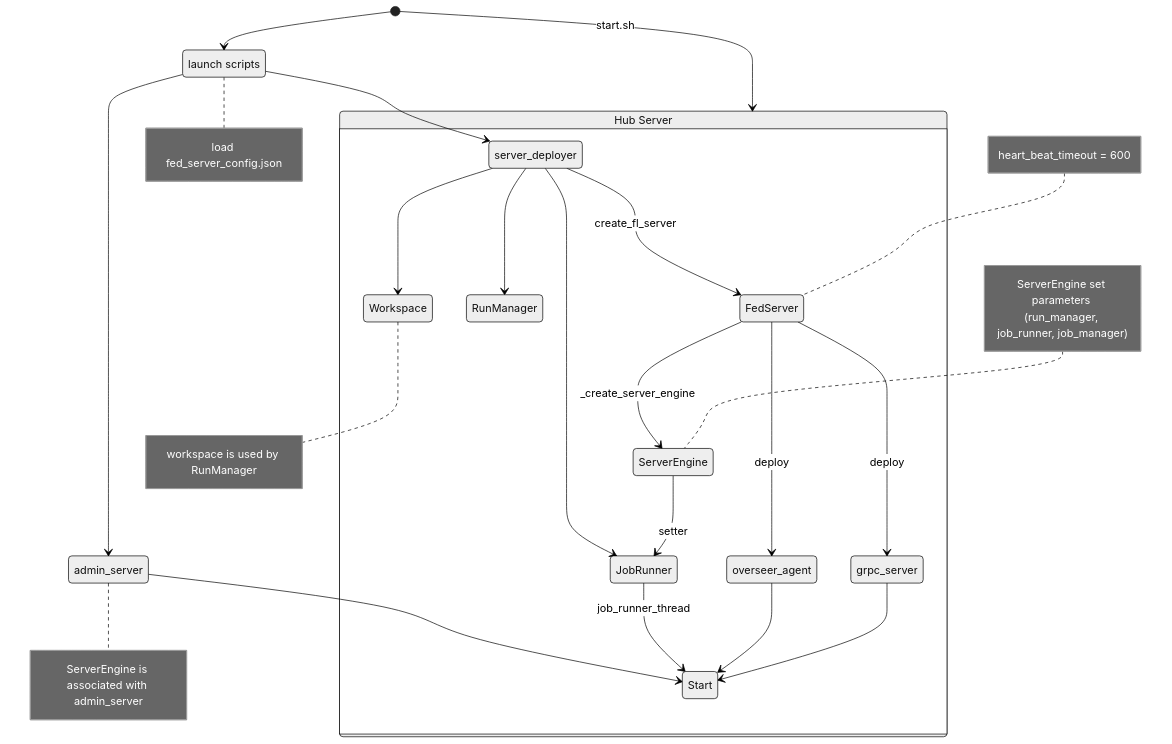
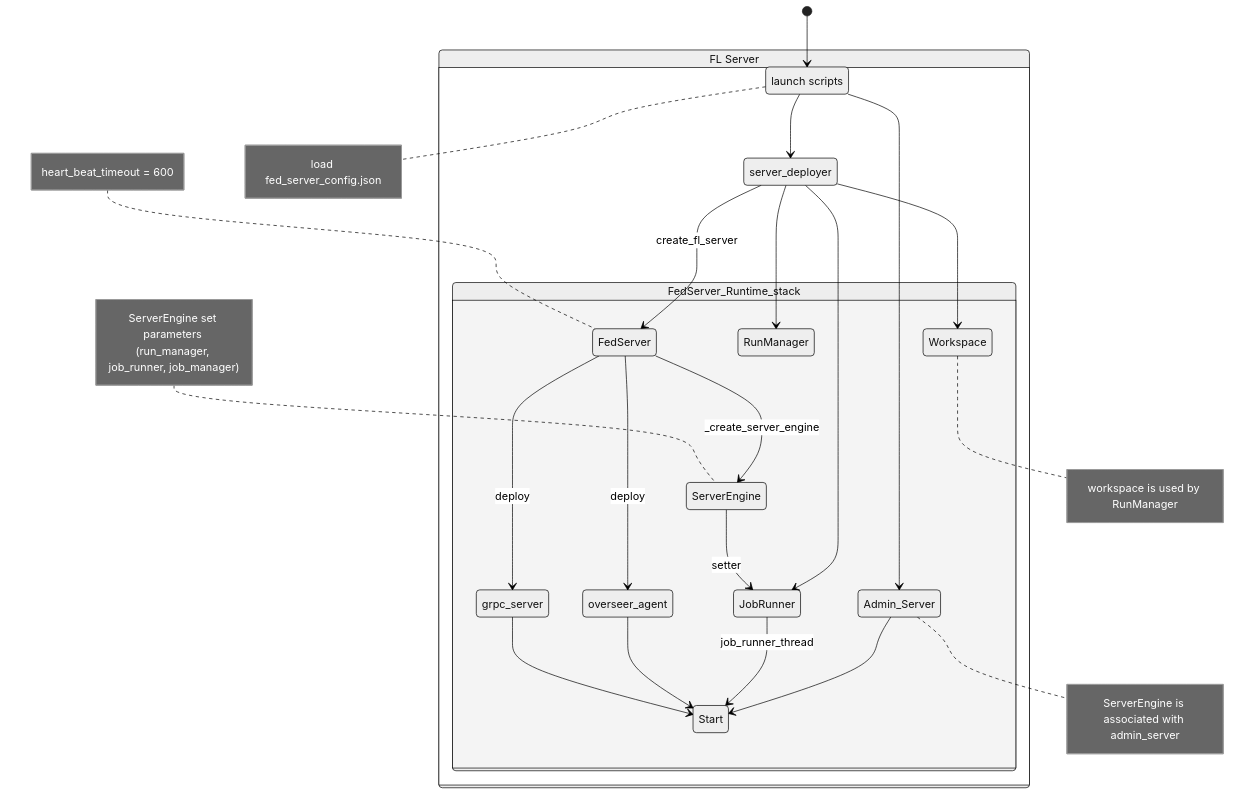
Before and after one commit to hitesh-ag1/NVFlare: the first of 9 diagrams in docs/system_state_and_flow/system_workflow.md, drawn with Mermaid (neutral theme). The commit also changed other lines of this file, not shown here.

Commit message:
update client side process workflow sequence diagram

````diff
--- a/docs/system_state_and_flow/system_workflow.md
+++ b/docs/system_state_and_flow/system_workflow.md
@@ -7,42 +7,48 @@
 ```mermaid
 stateDiagram-v2
-    Hub_Server: Hub Server
-    [*] --> Hub_Server: start.sh
+    FL_Server: FL Server
     server_train: launch scripts
     [*] --> server_train
     note right of server_train
         load fed_server_config.json
     end note
     server_train --> server_deployer
-    server_train --> admin_server
-    admin_server --> Start
-    note right of admin_server
-       ServerEngine is associated with admin_server
-    end note
+  
                   
-    state Hub_Server {
+    state FL_Server {
+        server_train --> Admin_Server
+        Admin_Server --> Start
+        note right of Admin_Server
+           ServerEngine is associated with admin_server
+        end note
+        
         server_deployer --> FedServer : create_fl_server    
-        note left of FedServer
-            heart_beat_timeout = 600
-        end note
         server_deployer --> JobRunner
         server_deployer --> RunManager
         server_deployer --> Workspace
         note right of Workspace
             workspace is used by RunManager
         end note
-        
-        FedServer --> ServerEngine:_create_server_engine
-        FedServer --> grpc_server: deploy
-        FedServer --> overseer_agent: deploy
-        note left of ServerEngine
-               ServerEngine set parameters (run_manager, job_runner, job_manager)
-        end note
-        ServerEngine --> JobRunner:setter
-        JobRunner --> Start: job_runner_thread
-        overseer_agent --> Start
-        grpc_server --> Start
+        state FedServer_Runtime_stack {
+            note left of FedServer
+                heart_beat_timeout = 600
+            end note
+            RunManager
+            Workspace
+            Admin_Server
+            
+            FedServer --> ServerEngine:_create_server_engine
+            FedServer --> grpc_server: deploy
+            FedServer --> overseer_agent: deploy
+            note left of ServerEngine
+                   ServerEngine set parameters (run_manager, job_runner, job_manager)
+            end note
+            ServerEngine --> JobRunner:setter
+            JobRunner --> Start: job_runner_thread
+            overseer_agent --> Start
+            grpc_server --> Start
+        }
    
        
     }
 ```
````
